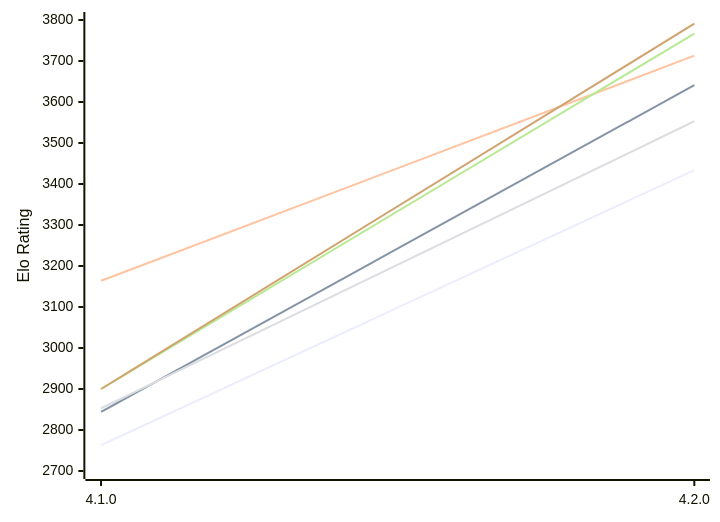
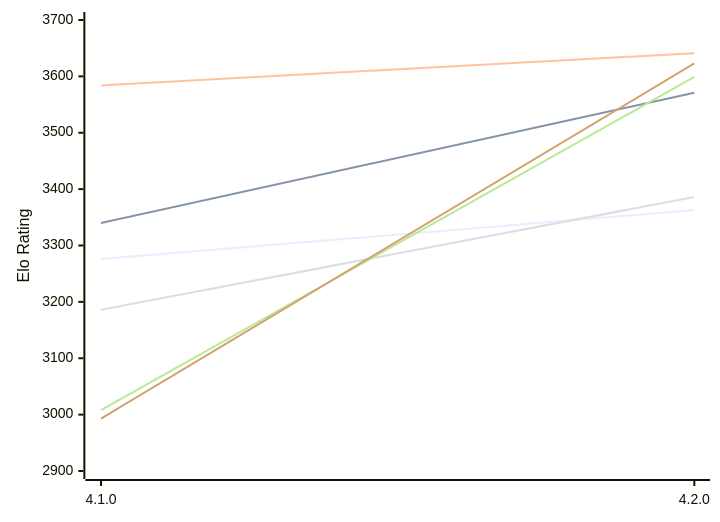
The first of 2 diagrams in engines/Raphael.md (computer-chess-index/cci), drawn with Mermaid before and after one commit. The commit also changed other lines of this file, not shown here.

Commit message:
Update CCI Ratings (ELO VLTC) - 2026-11-13

````diff
--- a/engines/Raphael.md
+++ b/engines/Raphael.md
@@ -59,12 +59,12 @@
 ```mermaid
 %%{init: {"theme":"base","themeVariables":{"seriesColors:['#a3a3a3','#222221','#faa371']}}}%%
 xychart-beta
   x-axis ["4.1.0", "4.2.0"]
-  y-axis "Elo Rating" 2700 --> 3800
-  line "E1: STC (8.0+0.08s)" [2763, 3434]
-  line "E1: LTC (60.0+0.60s)" [2844, 3641]
-  line "E1: VLTC (2m24s+1.12s)" [3164, 3713]
-  line "P1: STC (8.0+0.08s)" [2853, 3553]
-  line "P1: LTC (60.0+0.60s)" [2900, 3767]
-  line "P1: VLTC (2m24s+1.12s)" [2900, 3791]
+  y-axis "Elo Rating" 2900 --> 3700
+  line "E1: STC (8.0+0.08s)" [3276, 3363]
+  line "E1: LTC (60.0+0.60s)" [3340, 3571]
+  line "E1: VLTC (2m24s+1.12s)" [3584, 3641]
+  line "P1: STC (8.0+0.08s)" [3186, 3386]
+  line "P1: LTC (60.0+0.60s)" [3008, 3599]
+  line "P1: VLTC (2m24s+1.12s)" [2993, 3623]
 ```
````
